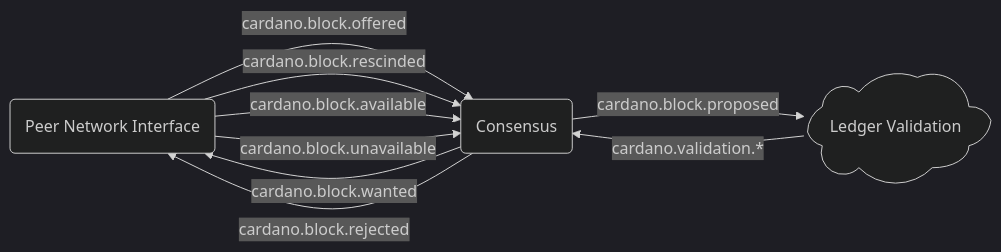
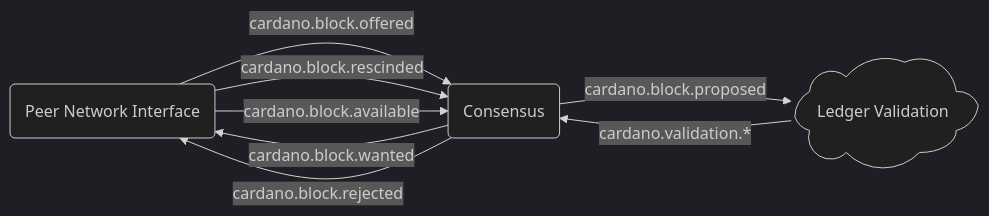
Before and after one commit to input-output-hk/acropolis: the diagram in docs/architecture/system-multi-peer-consensus.md, drawn with Mermaid (dark theme). The commit also changed other lines of this file, not shown here.

````diff
--- a/docs/architecture/system-multi-peer-consensus.md
+++ b/docs/architecture/system-multi-peer-consensus.md
@@ -25,19 +25,18 @@
 ```mermaid
 flowchart LR
   PNI(Peer Network Interface)
   CON(Consensus)
   CLOUD@{ shape: cloud, label: "Ledger Validation"}
 
   PNI -- cardano.block.offered --> CON
   CON -- cardano.block.wanted --> PNI
   PNI -- cardano.block.rescinded --> CON
   PNI -- cardano.block.available --> CON
-  PNI -- cardano.block.unavailable --> CON
   CON -- cardano.block.rejected --> PNI
 
   CON -- cardano.block.proposed --> CLOUD
   CLOUD -- cardano.validation.* --> CON
 
   click PNI "https://github.com/input-output-hk/acropolis/tree/main/modules/peer_network_interface/"
   click CON "https://github.com/input-output-hk/acropolis/tree/main/modules/consensus/"
 ```
````
